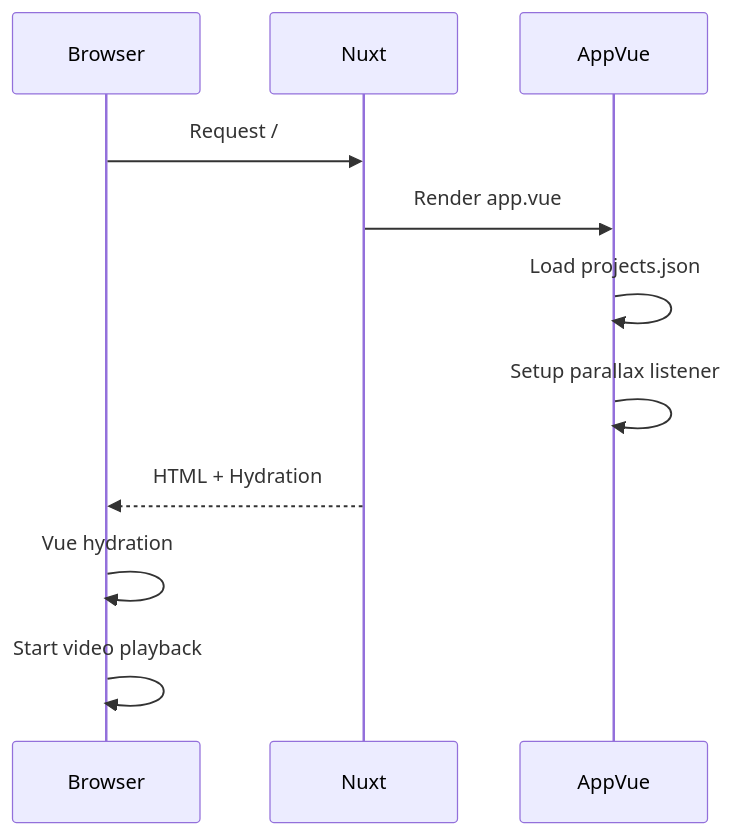
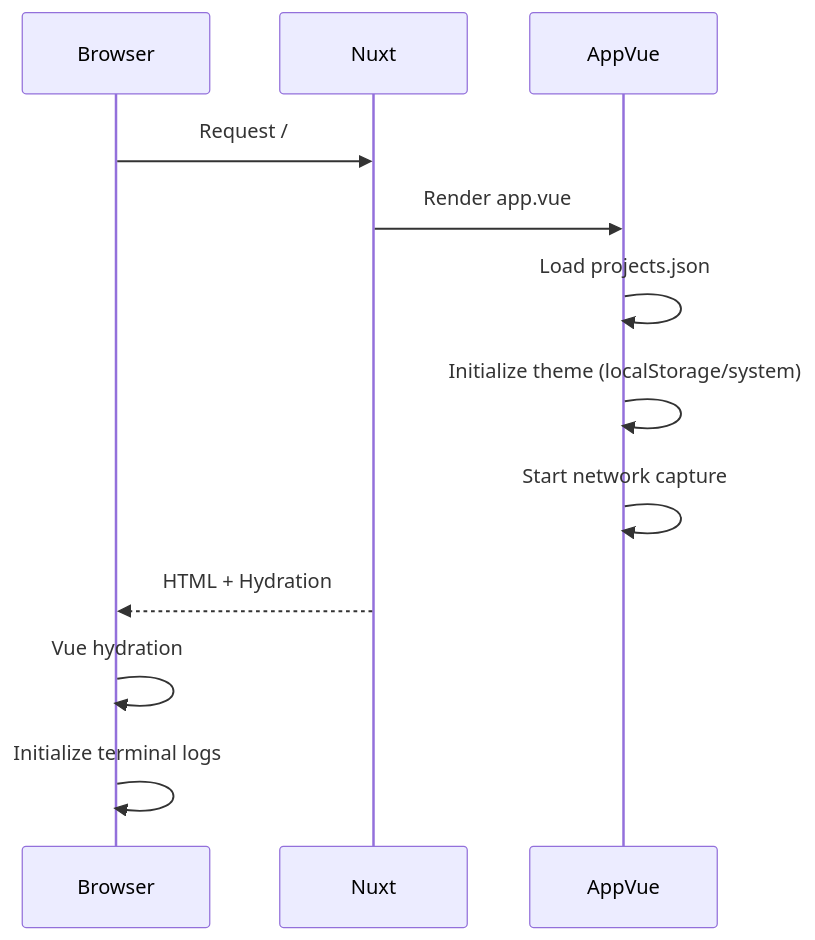
One commit to valentinbgt/v.beauget.fr changed the second of 4 diagrams in .ai-documentation/ARCHITECTURE.md. Above: the diagram before and after it, drawn with Mermaid. The commit also changed other lines of this file and 14 other files, not shown here.

First line of the commit message:
refactor: Revise architecture and component structure; remove deprecated API and unused assets

````diff
--- a/.ai-documentation/ARCHITECTURE.md
+++ b/.ai-documentation/ARCHITECTURE.md
@@ -40,14 +40,15 @@
 ```mermaid
 sequenceDiagram
     participant Browser
     participant Nuxt
     participant AppVue
     
     Browser->>Nuxt: Request /
     Nuxt->>AppVue: Render app.vue
     AppVue->>AppVue: Load projects.json
-    AppVue->>AppVue: Setup parallax listener
+    AppVue->>AppVue: Initialize theme (localStorage/system)
+    AppVue->>AppVue: Start network capture
     Nuxt-->>Browser: HTML + Hydration
     Browser->>Browser: Vue hydration
-    Browser->>Browser: Start video playback
+    Browser->>Browser: Initialize terminal logs
 ```
````
